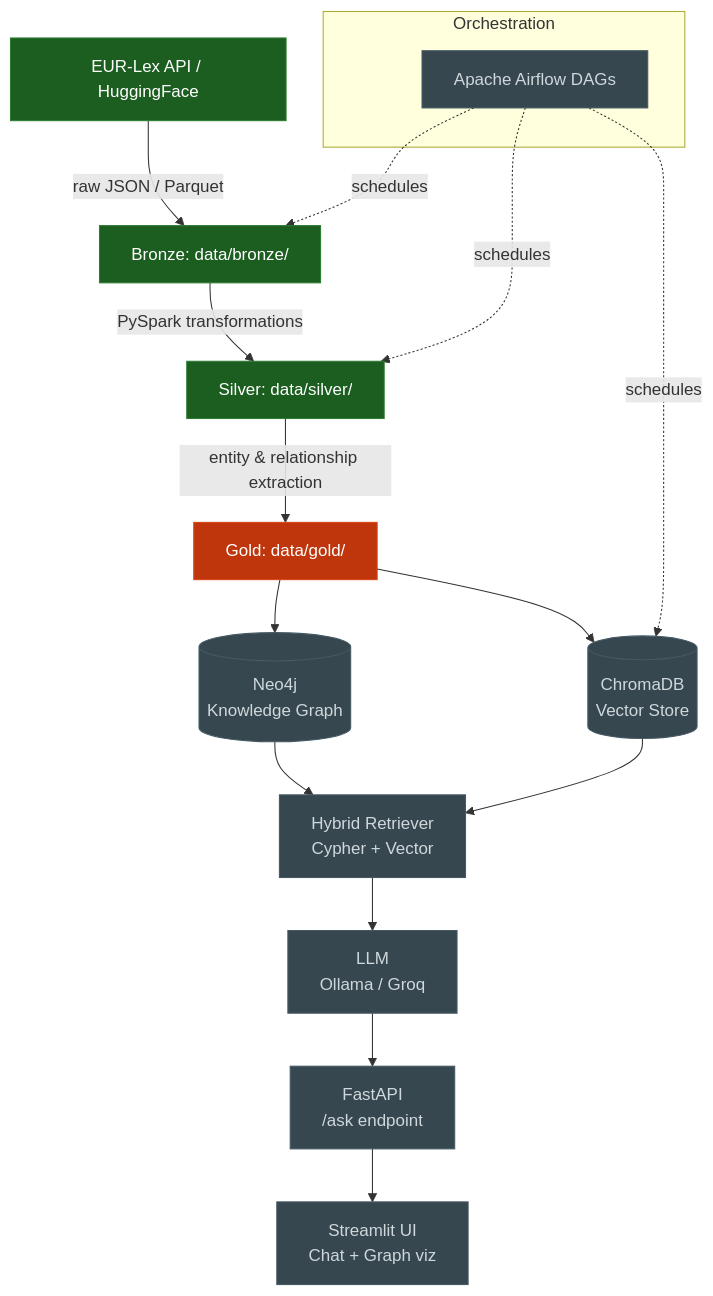
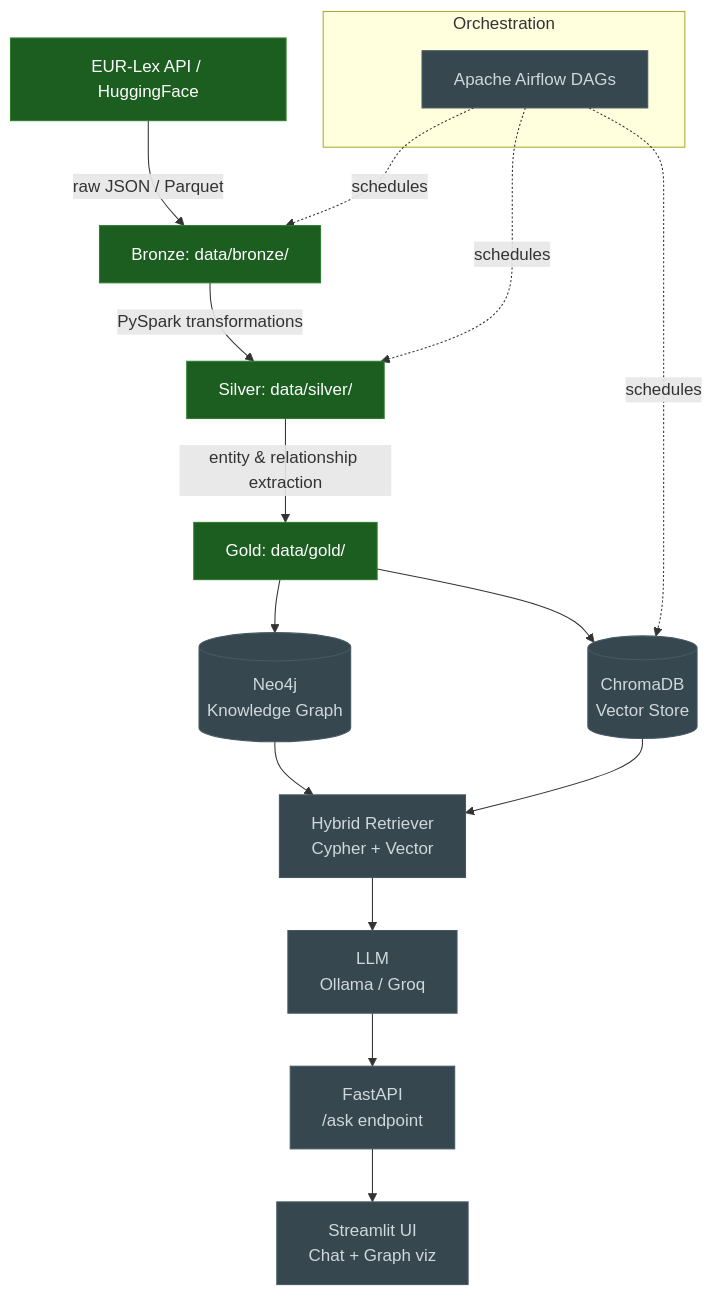
One commit to MarcRamonMoreno/EuGraphRAG changed the diagram in README.md. Above: the diagram before and after it, drawn with Mermaid. The commit also changed other lines of this file and 5 other files, not shown here.

First line of the commit message:
feat(week3): silver->gold graph tables (documents/topics/belongs_to)

````diff
--- a/README.md
+++ b/README.md
@@ -11,27 +11,26 @@
 ```mermaid
 flowchart TD
     A[EUR-Lex API / HuggingFace] -->|raw JSON / Parquet| B[Bronze: data/bronze/]
     B -->|PySpark transformations| C[Silver: data/silver/]
     C -->|entity & relationship extraction| D[Gold: data/gold/]
     D --> E[(Neo4j<br/>Knowledge Graph)]
     D --> F[(ChromaDB<br/>Vector Store)]
     E --> G[Hybrid Retriever<br/>Cypher + Vector]
     F --> G
     G --> H[LLM<br/>Ollama / Groq]
     H --> I[FastAPI<br/>/ask endpoint]
     I --> J[Streamlit UI<br/>Chat + Graph viz]
 
     subgraph Orchestration
         K[Apache Airflow DAGs]
     end
     K -.->|schedules| B
     K -.->|schedules| C
     K -.->|schedules| F
 
     classDef done fill:#1b5e20,stroke:#2e7d32,color:#fff;
     classDef wip  fill:#bf360c,stroke:#d84315,color:#fff;
     classDef todo fill:#37474f,stroke:#455a64,color:#cfd8dc;
-    class A,B,C done;
-    class D wip;
+    class A,B,C,D done;
     class E,F,G,H,I,J,K todo;
 ```
````
